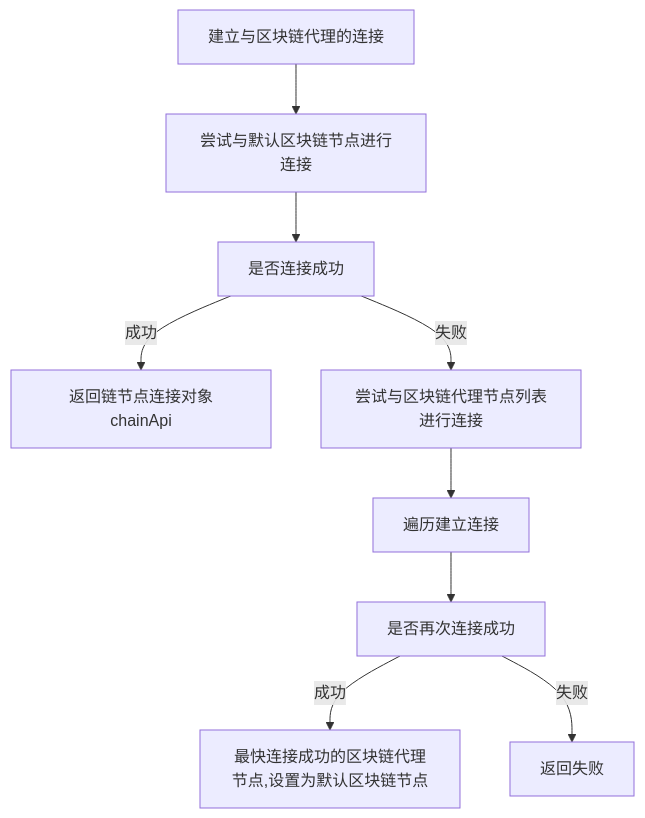
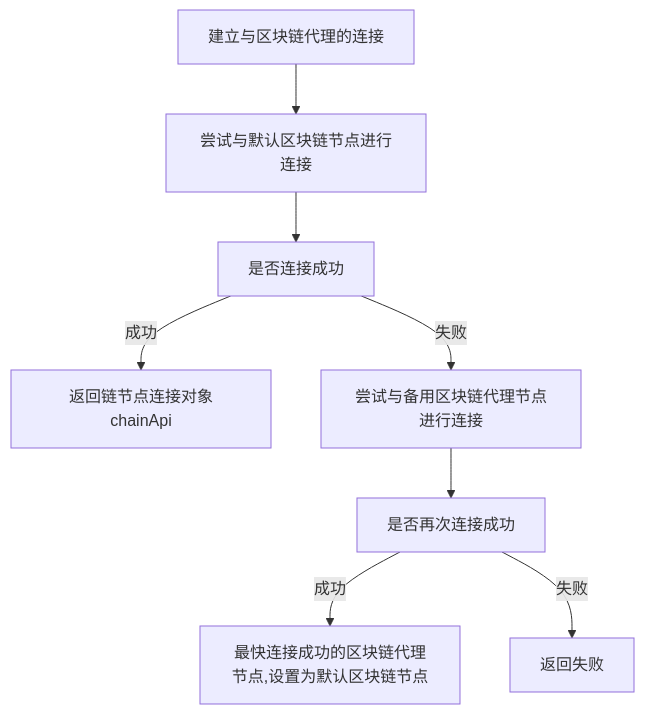
One commit to dcnetio/web-dc-api changed the first of 6 diagrams in 初始化逻辑.md. Above: the diagram before and after it, drawn with Mermaid. The commit also changed other lines of this file, not shown here.

````diff
--- a/初始化逻辑.md
+++ b/初始化逻辑.md
@@ -5,8 +5,8 @@
 ```mermaid
 graph TD
 建立与区块链代理的连接--> 尝试与默认区块链节点进行连接 --> 是否连接成功
 是否连接成功 -- 成功 -->返回链节点连接对象chainApi
-是否连接成功 -- 失败 --> 尝试与区块链代理节点列表进行连接 --> 遍历建立连接 --> 是否再次连接成功
+是否连接成功 -- 失败 --> 尝试与备用区块链代理节点进行连接 --> 是否再次连接成功
 是否再次连接成功 -- 成功 --> 最快连接成功的区块链代理节点,设置为默认区块链节点
 是否再次连接成功 -- 失败 --> 返回失败
 ```
````
